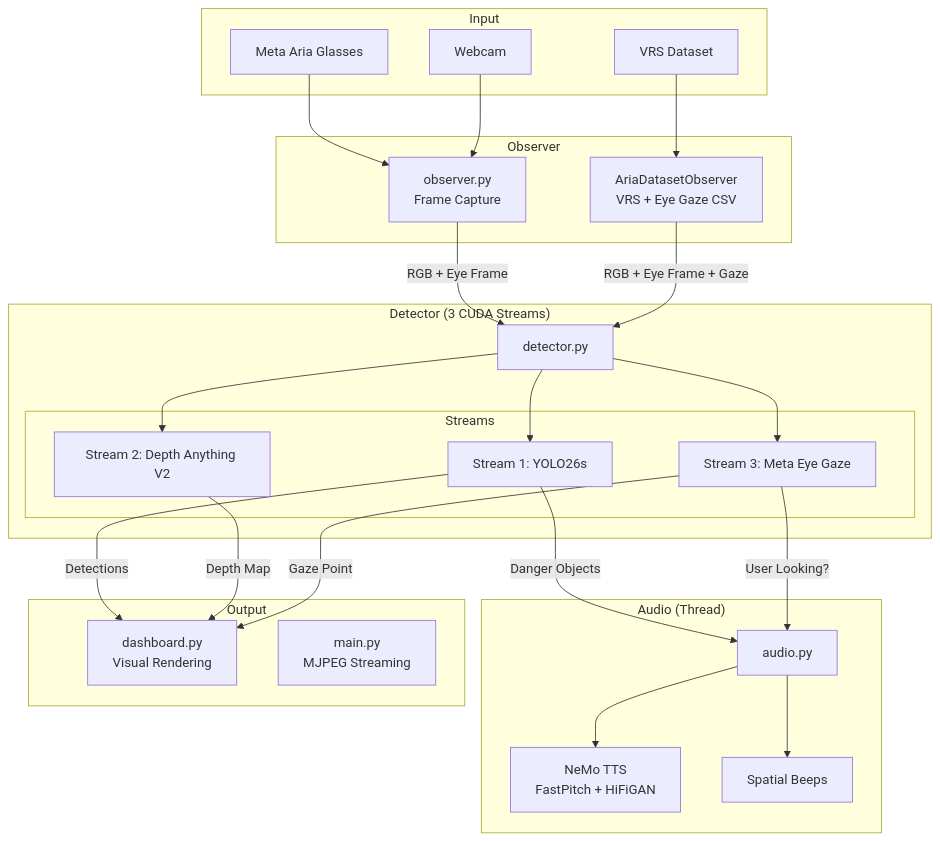
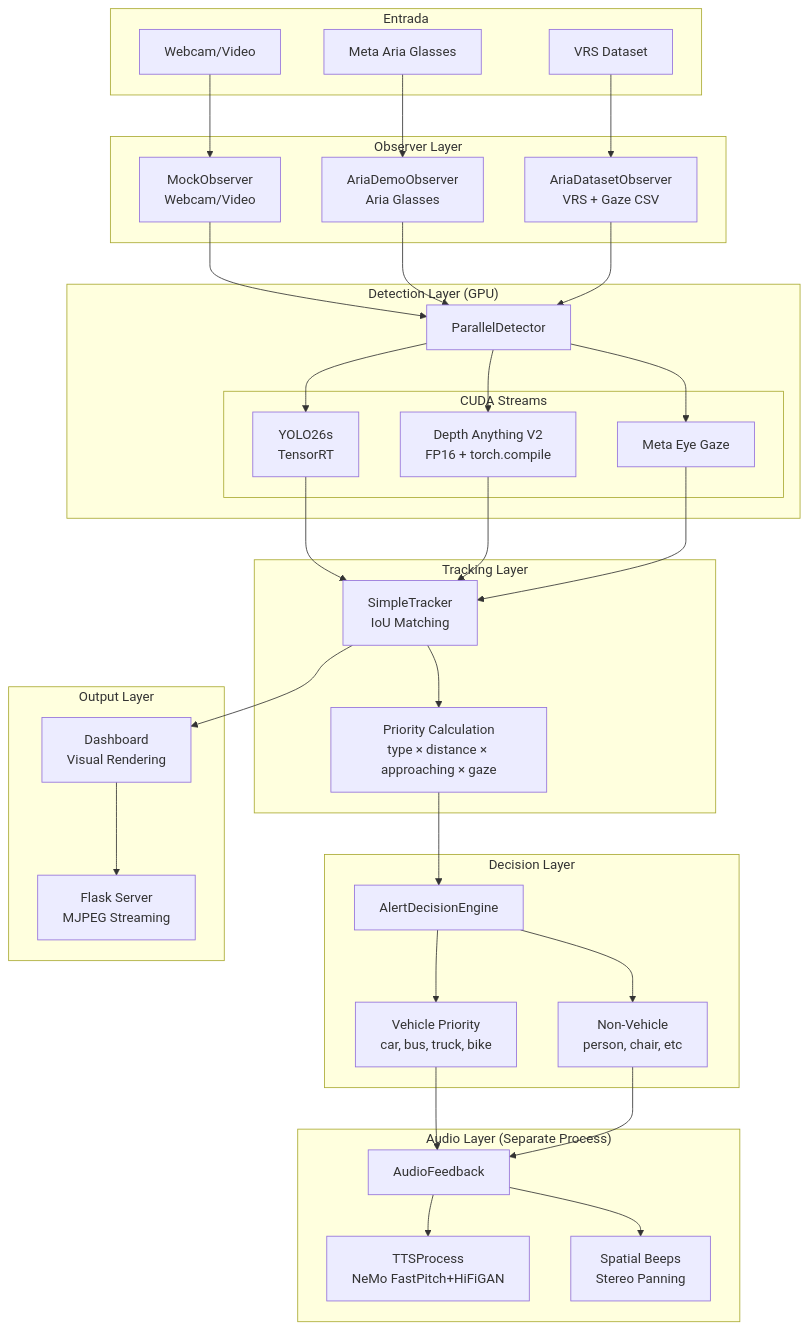
Before and after one commit to robertteleng/aria-demo: the first of 10 diagrams in docs/README.md, drawn with Mermaid. The commit also changed other lines of this file and 3 other files, not shown here.

First line of the commit message:
feat: add AlertDecisionEngine for smart alert prioritization

````diff
--- a/docs/README.md
+++ b/docs/README.md
@@ -19,53 +18,76 @@
 ```mermaid
 graph TB
-    subgraph Input
+    subgraph Input["Entrada"]
         ARIA[Meta Aria Glasses]
         VRS[VRS Dataset]
-        WEB[Webcam]
+        WEB[Webcam/Video]
     end
 
-    subgraph Observer
-        OBS[observer.py<br/>Frame Capture]
-        DOBS[AriaDatasetObserver<br/>VRS + Eye Gaze CSV]
+    subgraph Observer["Observer Layer"]
+        OBS[MockObserver<br/>Webcam/Video]
+        AOBS[AriaDemoObserver<br/>Aria Glasses]
+        DOBS[AriaDatasetObserver<br/>VRS + Gaze CSV]
     end
 
-    subgraph Detector["Detector (3 CUDA Streams)"]
-        DET[detector.py]
-        subgraph Streams
-            S1[Stream 1: YOLO26s]
-            S2[Stream 2: Depth Anything V2]
-            S3[Stream 3: Meta Eye Gaze]
+    subgraph Detection["Detection Layer (GPU)"]
+        DET[ParallelDetector]
+        subgraph Models["CUDA Streams"]
+            YOLO[YOLO26s<br/>TensorRT]
+            DEPTH[Depth Anything V2<br/>FP16 + torch.compile]
+            GAZE[Meta Eye Gaze]
         end
     end
 
-    subgraph Audio["Audio (Thread)"]
-        AUD[audio.py]
-        NEMO[NeMo TTS<br/>FastPitch + HiFiGAN]
-        BEEP[Spatial Beeps]
+    subgraph Tracking["Tracking Layer"]
+        TRK[SimpleTracker<br/>IoU Matching]
+        PRI[Priority Calculation<br/>type × distance × approaching × gaze]
     end
 
-    subgraph Output
-        DASH[dashboard.py<br/>Visual Rendering]
-        SRV[main.py<br/>MJPEG Streaming]
+    subgraph Decision["Decision Layer"]
+        ADE[AlertDecisionEngine]
+        VEH[Vehicle Priority<br/>car, bus, truck, bike]
+        OTH[Non-Vehicle<br/>person, chair, etc]
     end
 
-    ARIA --> OBS
+    subgraph Audio["Audio Layer (Separate Process)"]
+        AUD[AudioFeedback]
+        TTS[TTSProcess<br/>NeMo FastPitch+HiFiGAN]
+        BEEP[Spatial Beeps<br/>Stereo Panning]
+    end
+
+    subgraph Output["Output Layer"]
+        DASH[Dashboard<br/>Visual Rendering]
+        SRV[Flask Server<br/>MJPEG Streaming]
+    end
+
+    ARIA --> AOBS
+    VRS --> DOBS
     WEB --> OBS
-    VRS --> DOBS
 
-    OBS -->|RGB + Eye Frame| DET
-    DOBS -->|RGB + Eye Frame + Gaze| DET
+    OBS --> DET
+    AOBS --> DET
+    DOBS --> DET
 
-    DET --> S1
-    DET --> S2
-    DET --> S3
+    DET --> YOLO
+    DET --> DEPTH
+    DET --> GAZE
 
-    S1 -->|Detections| DASH
-    S2 -->|Depth Map| DASH
-    S3 -->|Gaze Point| DASH
+    YOLO --> TRK
+    DEPTH --> TRK
+    GAZE --> TRK
 
-    S1 -->|Danger Objects| AUD
-    S3 -->|User Looking?| AUD
-    AUD --> NEMO
+    TRK --> PRI
+    PRI --> ADE
+
+    ADE --> VEH
+    ADE --> OTH
+
+    VEH --> AUD
+    OTH --> AUD
+
+    AUD --> TTS
     AUD --> BEEP
+
+    TRK --> DASH
+    DASH --> SRV
 ```
````
